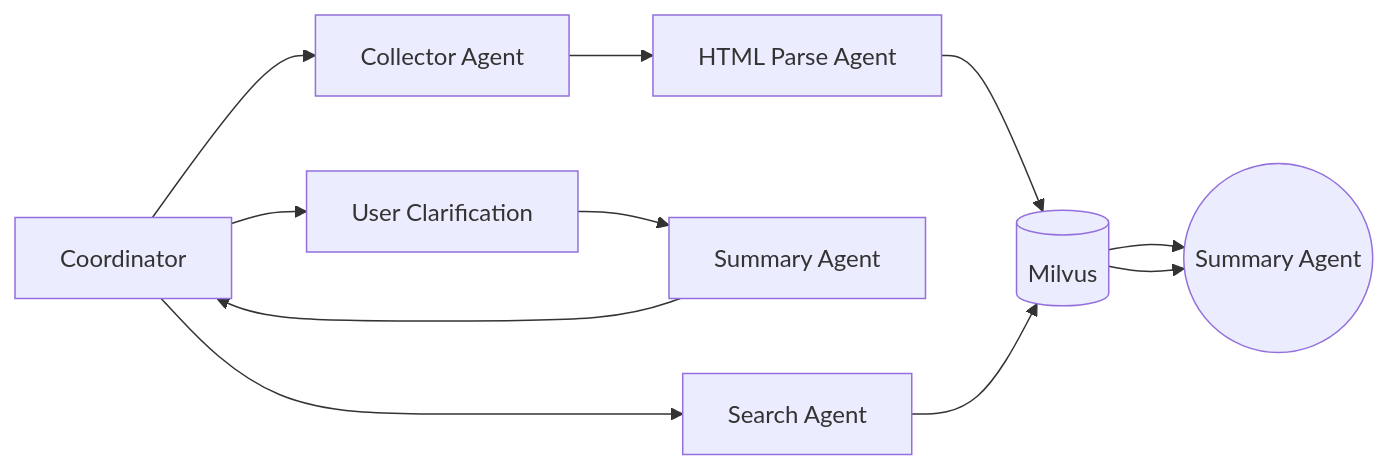
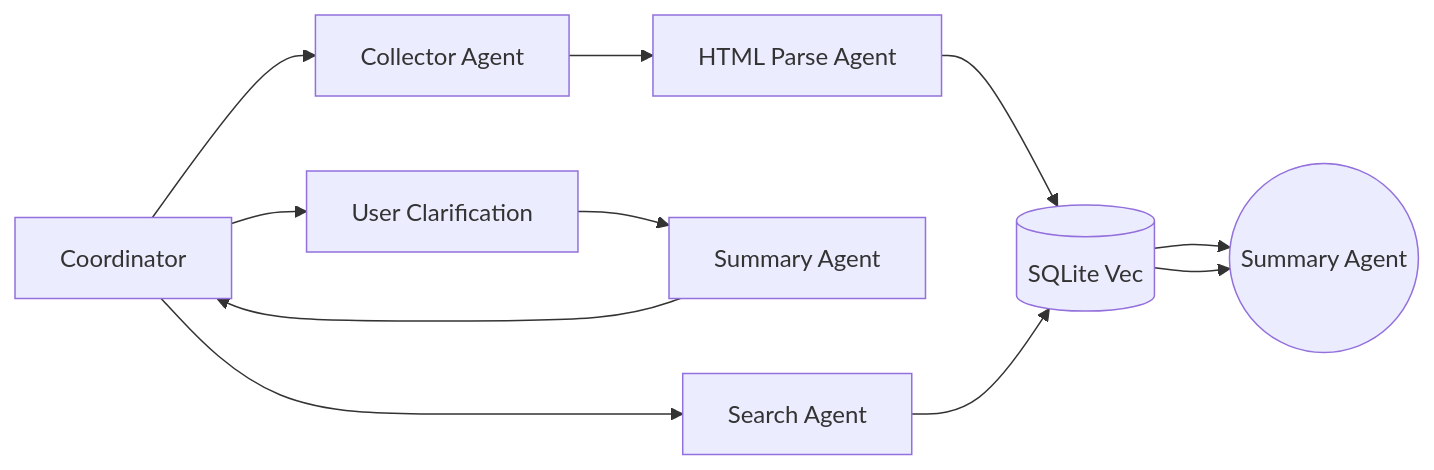
The diagram in dev.md (Yatogaii/PersonalAcadamicAgent), drawn with Mermaid before and after one commit. The commit also changed 3 other files, not shown here.

````diff
--- a/dev.md
+++ b/dev.md
@@ -2,15 +2,15 @@
 ```mermaid
 flowchart LR
   Coordinator[Coordinator]
   UC[User Clarification]
   Collector[Collector Agent]
   HTMLParse[HTML Parse Agent]
   Summary[Summary Agent]
   Search[Search Agent]
-  Milvus[(Milvus)]
+  SQLite[(SQLite Vec)]
   Return((Summary Agent))
 
   Coordinator --> UC --> Summary --> Coordinator
-  Coordinator --> Collector --> HTMLParse --> Milvus --> Return
-  Coordinator --> Search --> Milvus --> Return
+  Coordinator --> Collector --> HTMLParse --> SQLite --> Return
+  Coordinator --> Search --> SQLite --> Return
 ```
````
